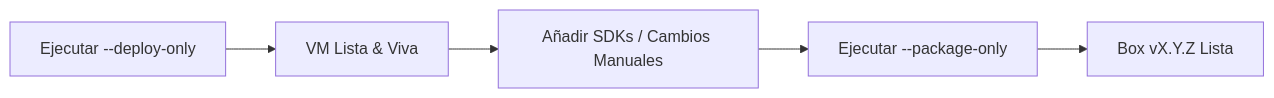
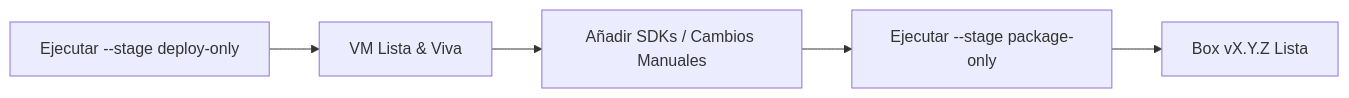
The second of 2 diagrams in docs/vagrant-boxes-guide.md (olorinj/dev-forge), drawn with Mermaid before and after one commit. The commit also changed other lines of this file and 7 other files, not shown here.

````diff
--- a/docs/vagrant-boxes-guide.md
+++ b/docs/vagrant-boxes-guide.md
@@ -115,7 +115,7 @@
 ```mermaid
 flowchart LR
-    A["Ejecutar --deploy-only"] --> B["VM Lista & Viva"]
+    A["Ejecutar --stage deploy-only"] --> B["VM Lista & Viva"]
     B --> C["Añadir SDKs / Cambios Manuales"]
-    C --> D["Ejecutar --package-only"]
+    C --> D["Ejecutar --stage package-only"]
     D --> E["Box vX.Y.Z Lista"]
 ```
````
